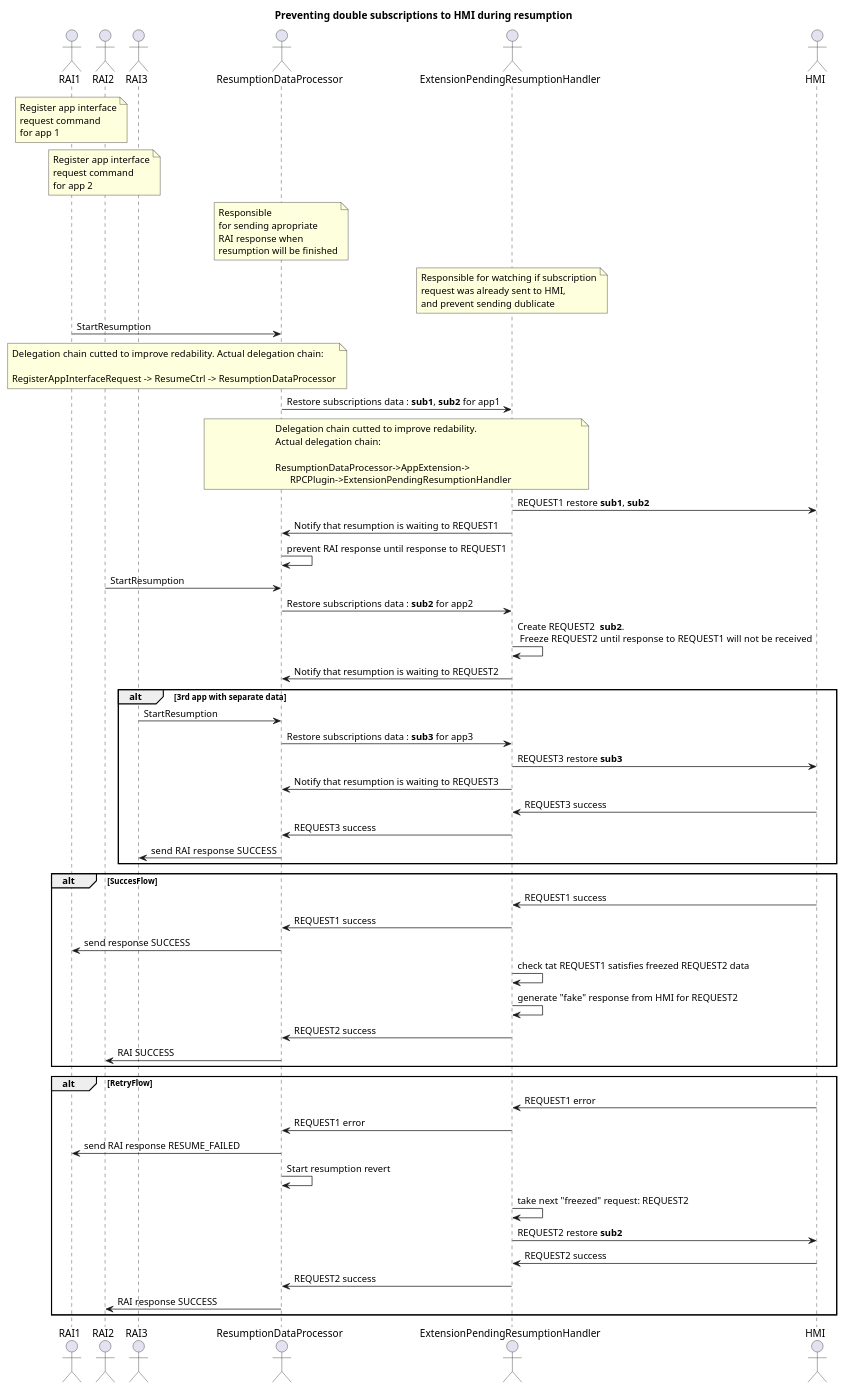
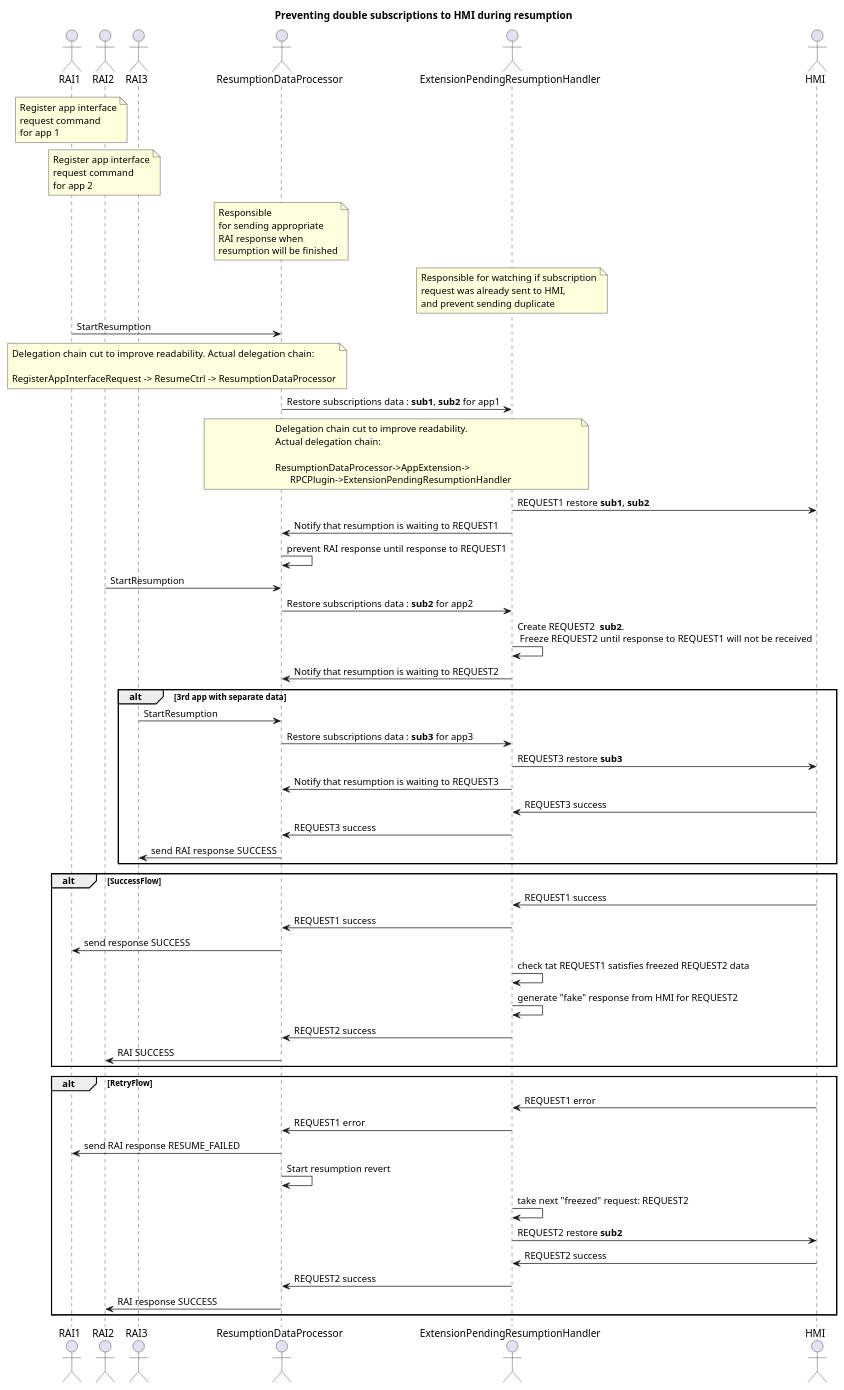
Before and after one commit to smartdevicelink/sdl_core_guides: the diagram in docs/Developer Documentation/ResumeController/assets/subscriptoins_restore_sequence.puml, drawn with PlantUML. The commit also changed other lines of this file and 2 other files, not shown here.

```diff
--- a/docs/Developer Documentation/ResumeController/assets/subscriptoins_restore_sequence.puml
+++ b/docs/Developer Documentation/ResumeController/assets/subscriptoins_restore_sequence.puml
@@ -1,94 +1,94 @@
 @startuml
 title Preventing double subscriptions to HMI during resumption 
 
 actor RAI1
 actor RAI2
 actor RAI3
 actor ResumptionDataProcessor
 actor ExtensionPendingResumptionHandler
 actor HMI
 
 note over RAI1
   Register app interface
   request command 
   for app 1
 end note
 
 
 note over RAI2
   Register app interface
   request command 
   for app 2
 end note
 
 note over ResumptionDataProcessor
   Responsible 
-  for sending apropriate
+  for sending appropriate
   RAI response when 
   resumption will be finished
 end note
 
 note over ExtensionPendingResumptionHandler
   Responsible for watching if subscription
   request was already sent to HMI,
-  and prevent sending dublicate 
+  and prevent sending duplicate 
 end note
 
 RAI1 -> ResumptionDataProcessor : StartResumption
 note over RAI1, ResumptionDataProcessor
-  Delegation chain cutted to improve redability.  Actual delegation chain:
+  Delegation chain cut to improve readability.  Actual delegation chain:
   
   RegisterAppInterfaceRequest -> ResumeCtrl -> ResumptionDataProcessor
 end note
 
 ResumptionDataProcessor -> ExtensionPendingResumptionHandler : Restore subscriptions data : **sub1**, **sub2** for app1
 note over ResumptionDataProcessor, ExtensionPendingResumptionHandler
-  Delegation chain cutted to improve redability. 
+  Delegation chain cut to improve readability. 
   Actual delegation chain:
   
   ResumptionDataProcessor->AppExtension->
         RPCPlugin->ExtensionPendingResumptionHandler
 end note
 ExtensionPendingResumptionHandler -> HMI : REQUEST1 restore **sub1**, **sub2** 
 ExtensionPendingResumptionHandler -> ResumptionDataProcessor : Notify that resumption is waiting to REQUEST1 
 ResumptionDataProcessor -> ResumptionDataProcessor : prevent RAI response until response to REQUEST1  
 RAI2 -> ResumptionDataProcessor : StartResumption
 ResumptionDataProcessor -> ExtensionPendingResumptionHandler : Restore subscriptions data : **sub2** for app2
 ExtensionPendingResumptionHandler -> ExtensionPendingResumptionHandler : Create REQUEST2  **sub2**. \n Freeze REQUEST2 until response to REQUEST1  will not be received
 ExtensionPendingResumptionHandler -> ResumptionDataProcessor : Notify that resumption is waiting to REQUEST2 
 
 alt 3rd app with separate data
 RAI3 -> ResumptionDataProcessor : StartResumption
 ResumptionDataProcessor -> ExtensionPendingResumptionHandler : Restore subscriptions data : **sub3** for app3
 ExtensionPendingResumptionHandler -> HMI : REQUEST3 restore **sub3**
 ExtensionPendingResumptionHandler -> ResumptionDataProcessor : Notify that resumption is waiting to REQUEST3
 HMI -> ExtensionPendingResumptionHandler : REQUEST3 success
 ExtensionPendingResumptionHandler -> ResumptionDataProcessor :  REQUEST3 success
 ResumptionDataProcessor -> RAI3 : send RAI  response SUCCESS
 end
 
-alt SuccesFlow
+alt SuccessFlow
 HMI -> ExtensionPendingResumptionHandler : REQUEST1 success
 ExtensionPendingResumptionHandler -> ResumptionDataProcessor :  REQUEST1 success
 ResumptionDataProcessor -> RAI1 : send response SUCCESS
 ExtensionPendingResumptionHandler -> ExtensionPendingResumptionHandler : check tat REQUEST1 satisfies freezed REQUEST2 data
 ExtensionPendingResumptionHandler -> ExtensionPendingResumptionHandler : generate "fake" response from HMI for REQUEST2
 ExtensionPendingResumptionHandler -> ResumptionDataProcessor : REQUEST2 success
 ResumptionDataProcessor -> RAI2 : RAI SUCCESS
 end
 
 alt RetryFlow
 HMI -> ExtensionPendingResumptionHandler : REQUEST1 error
 ExtensionPendingResumptionHandler -> ResumptionDataProcessor :  REQUEST1 error
 ResumptionDataProcessor -> RAI1 : send RAI response RESUME_FAILED
 ResumptionDataProcessor -> ResumptionDataProcessor : Start resumption revert
 ExtensionPendingResumptionHandler -> ExtensionPendingResumptionHandler : take next "freezed" request: REQUEST2
 
 ExtensionPendingResumptionHandler -> HMI :  REQUEST2 restore **sub2** 
 HMI -> ExtensionPendingResumptionHandler : REQUEST2 success
 ExtensionPendingResumptionHandler -> ResumptionDataProcessor : REQUEST2 success
 ResumptionDataProcessor -> RAI2 : RAI response SUCCESS
 end
 
 
 @enduml
```
